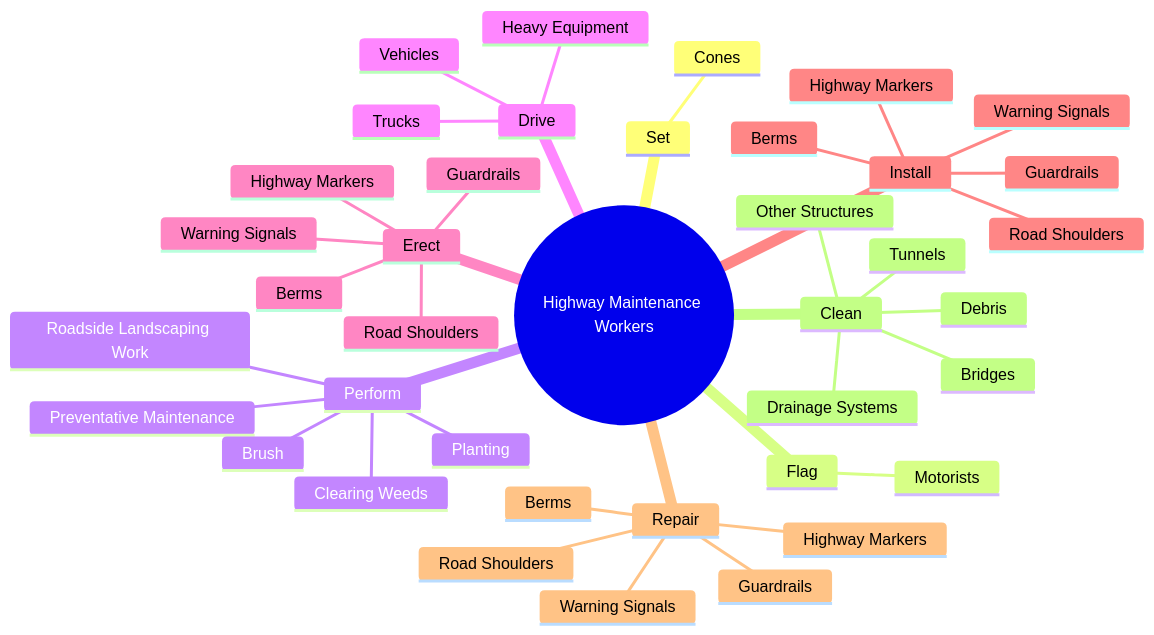
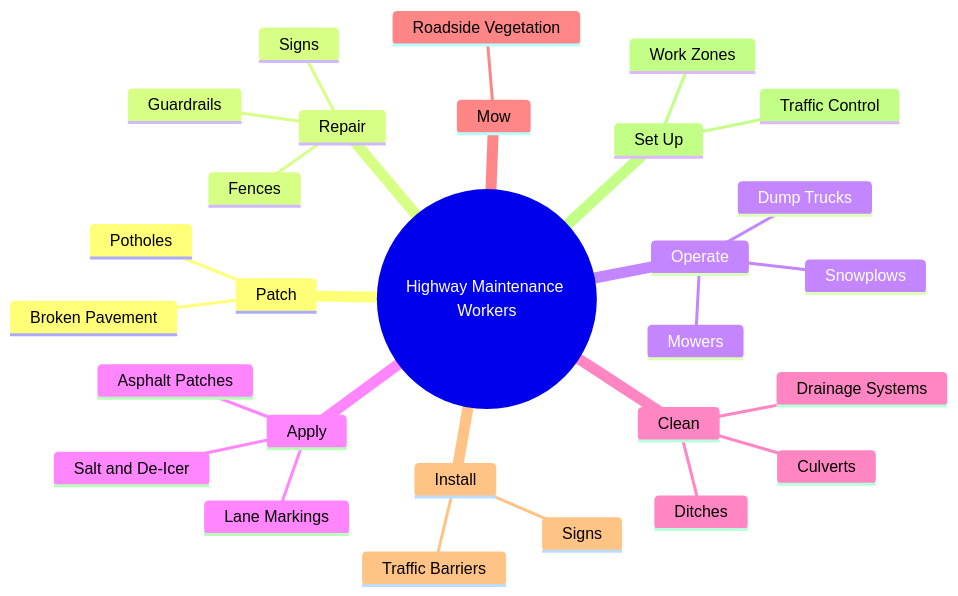
The second of 4 diagrams in occupations/Construction/HighwayMaintenanceWorkers.mdx (kziemski/business.org.ai), drawn with Mermaid before and after one commit. The commit also changed other lines of this file and 938 other files, not shown here.

````diff
--- a/occupations/Construction/HighwayMaintenanceWorkers.mdx
+++ b/occupations/Construction/HighwayMaintenanceWorkers.mdx
@@ -37,42 +46,31 @@
 ```mermaid
 mindmap
     root(("Highway Maintenance Workers"))
-        Set
-            Cones
-        Flag
-            Motorists
-        Perform
-            Preventative Maintenance
-            Roadside Landscaping Work
-            Clearing Weeds
-            Brush
-            Planting
-        Drive
-            Trucks
-            Heavy Equipment
-            Vehicles
-        Erect
-            Guardrails
-            Road Shoulders
-            Berms
-            Highway Markers
-            Warning Signals
-        Install
-            Guardrails
-            Road Shoulders
-            Berms
-            Highway Markers
-            Warning Signals
+        Patch
+            Potholes
+            Broken Pavement
         Repair
             Guardrails
-            Road Shoulders
-            Berms
-            Highway Markers
-            Warning Signals
+            Signs
+            Fences
+        Operate
+            Snowplows
+            Dump Trucks
+            Mowers
+        Apply
+            Asphalt Patches
+            Salt and De-Icer
+            Lane Markings
         Clean
-            Debris
             Drainage Systems
-            Bridges
-            Tunnels
-            Other Structures
+            Culverts
+            Ditches
+        Mow
+            Roadside Vegetation
+        Install
+            Signs
+            Traffic Barriers
+        Set Up
+            Work Zones
+            Traffic Control
 ```
````
